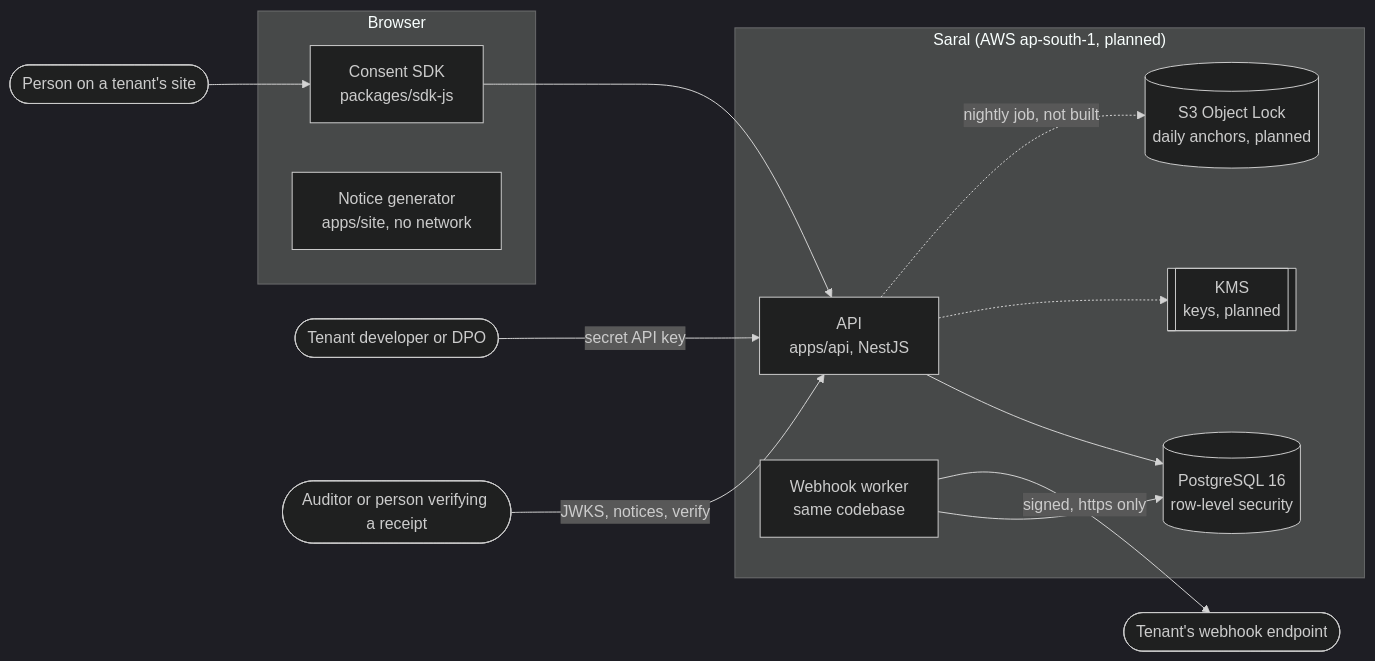
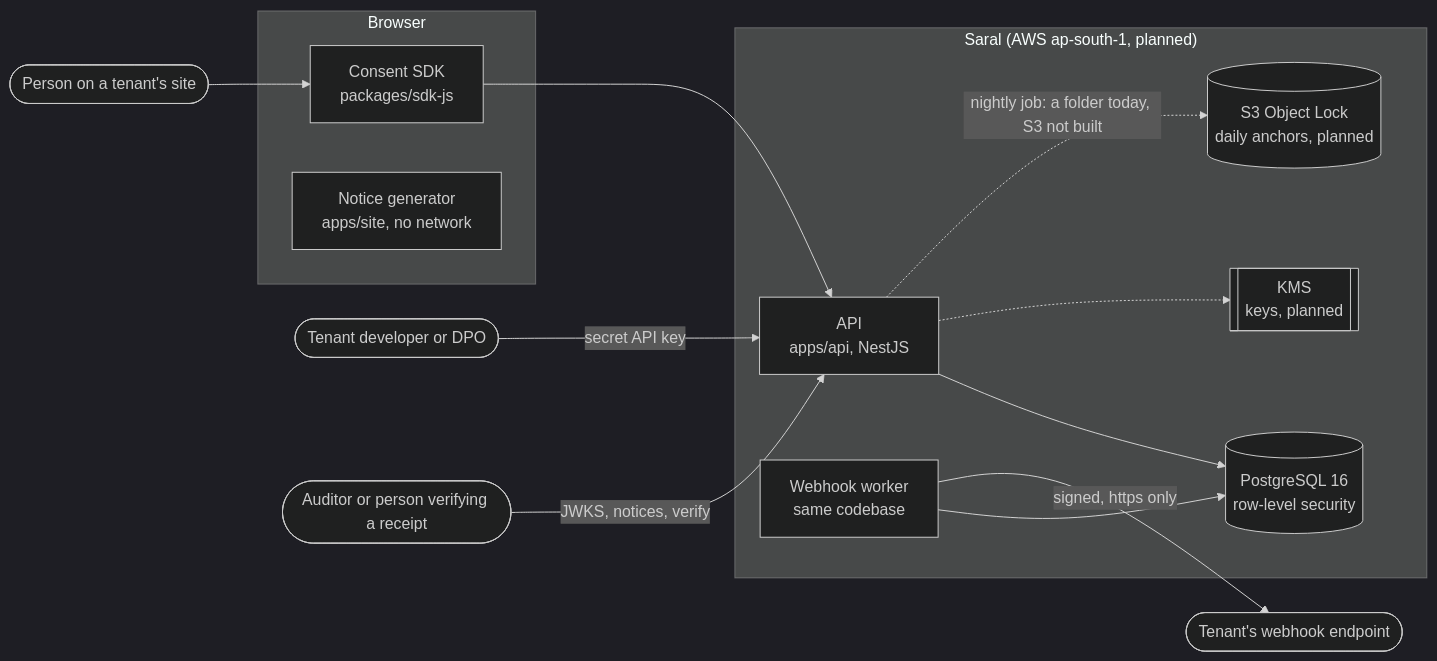
The first of 2 diagrams in docs/design/HLD.md (pranaav2k5/saral-privacy), drawn with Mermaid (dark theme) before and after one commit. The commit also changed other lines of this file and 29 other files, not shown here.

First line of the commit message:
feat: nightly audit anchor job, audit entry export, and a standalone verifier

````diff
--- a/docs/design/HLD.md
+++ b/docs/design/HLD.md
@@ -19,26 +19,26 @@
 ```mermaid
 flowchart LR
   person([Person on a tenant's site])
   tenant([Tenant developer or DPO])
   auditor([Auditor or person verifying a receipt])
   subgraph Browser
     sdk[Consent SDK<br/>packages/sdk-js]
     site[Notice generator<br/>apps/site, no network]
   end
   subgraph Saral["Saral (AWS ap-south-1, planned)"]
     api[API<br/>apps/api, NestJS]
     worker[Webhook worker<br/>same codebase]
     pg[(PostgreSQL 16<br/>row-level security)]
     kms[[KMS<br/>keys, planned]]
     s3[(S3 Object Lock<br/>daily anchors, planned)]
   end
   endpoint([Tenant's webhook endpoint])
   person --> sdk --> api
   tenant -->|secret API key| api
   auditor -->|JWKS, notices, verify| api
   api --> pg
   api -.-> kms
   worker --> pg
   worker -->|signed, https only| endpoint
-  api -.->|nightly job, not built| s3
+  api -.->|nightly job: a folder today, S3 not built| s3
 ```
````
